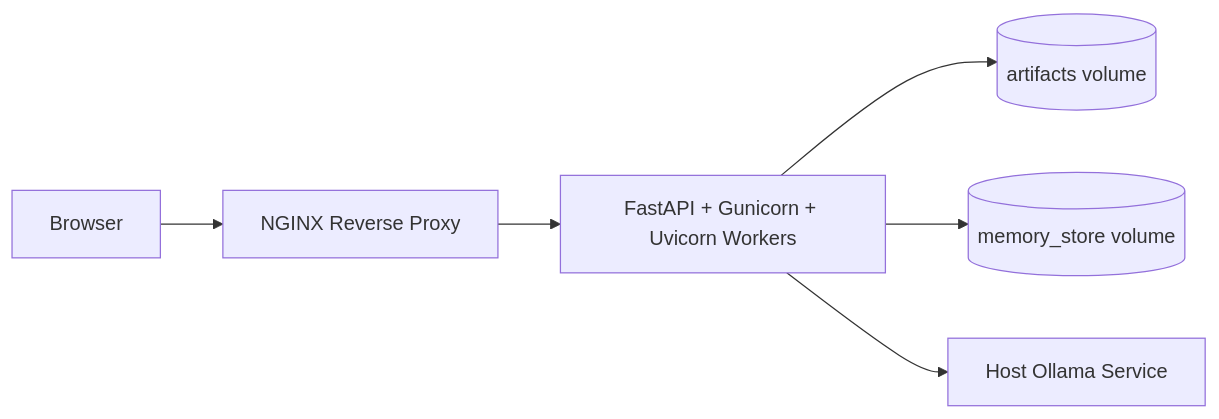
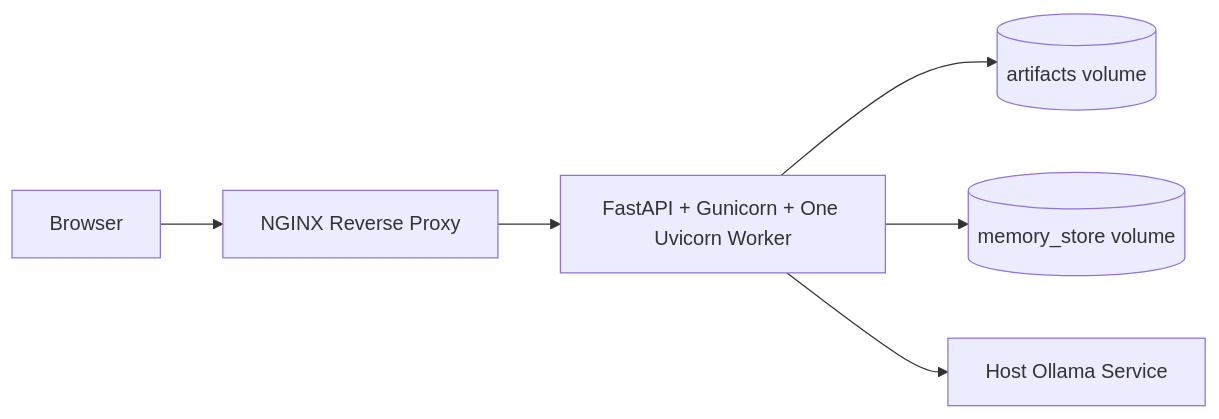
Before and after one commit to nexusBL/SentinelAI: the diagram in docs/DEPLOYMENT.md, drawn with Mermaid. The commit also changed other lines of this file and 19 other files, not shown here.

````diff
--- a/docs/DEPLOYMENT.md
+++ b/docs/DEPLOYMENT.md
@@ -7,8 +7,8 @@
 ```mermaid
 flowchart LR
     Browser[Browser] --> Nginx[NGINX Reverse Proxy]
-    Nginx --> App[FastAPI + Gunicorn + Uvicorn Workers]
+    Nginx --> App[FastAPI + Gunicorn + One Uvicorn Worker]
     App --> Artifacts[(artifacts volume)]
     App --> Memory[(memory_store volume)]
     App --> Ollama[Host Ollama Service]
 ```
````
